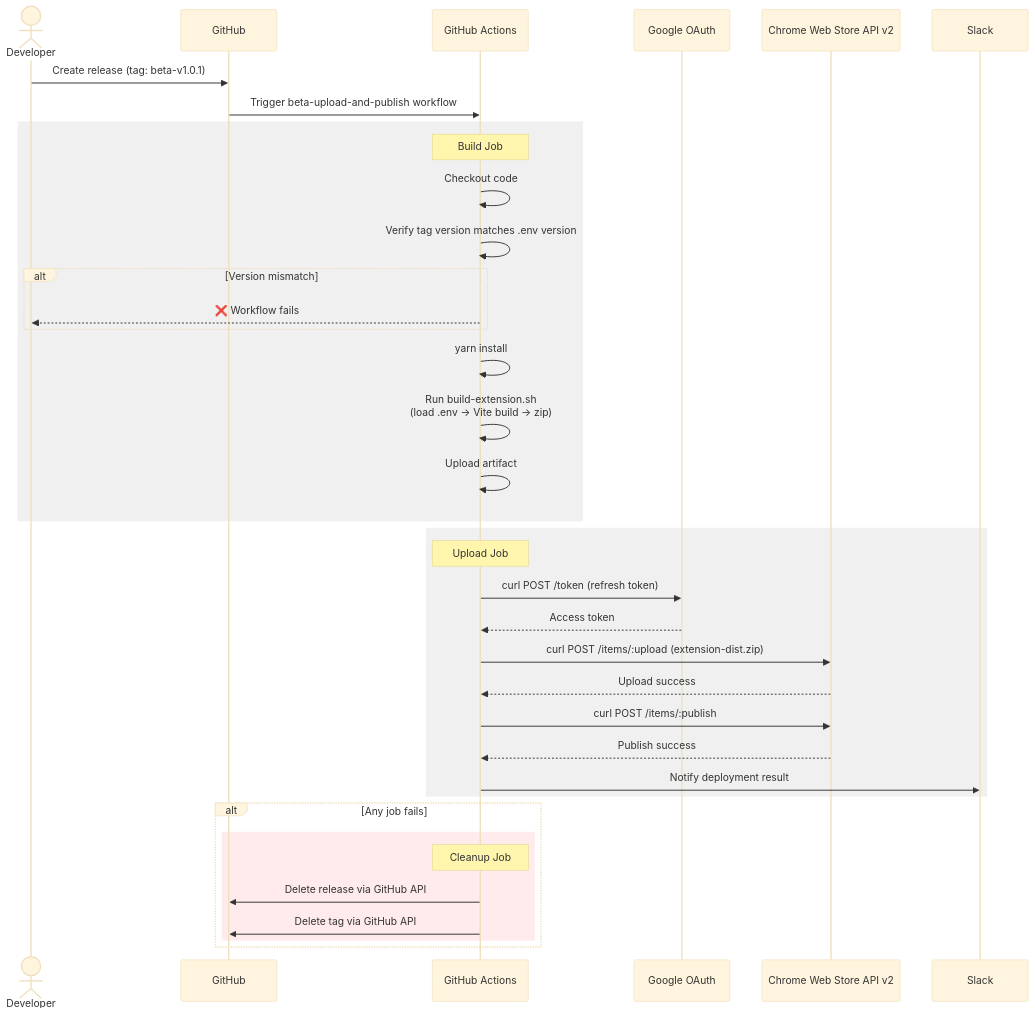
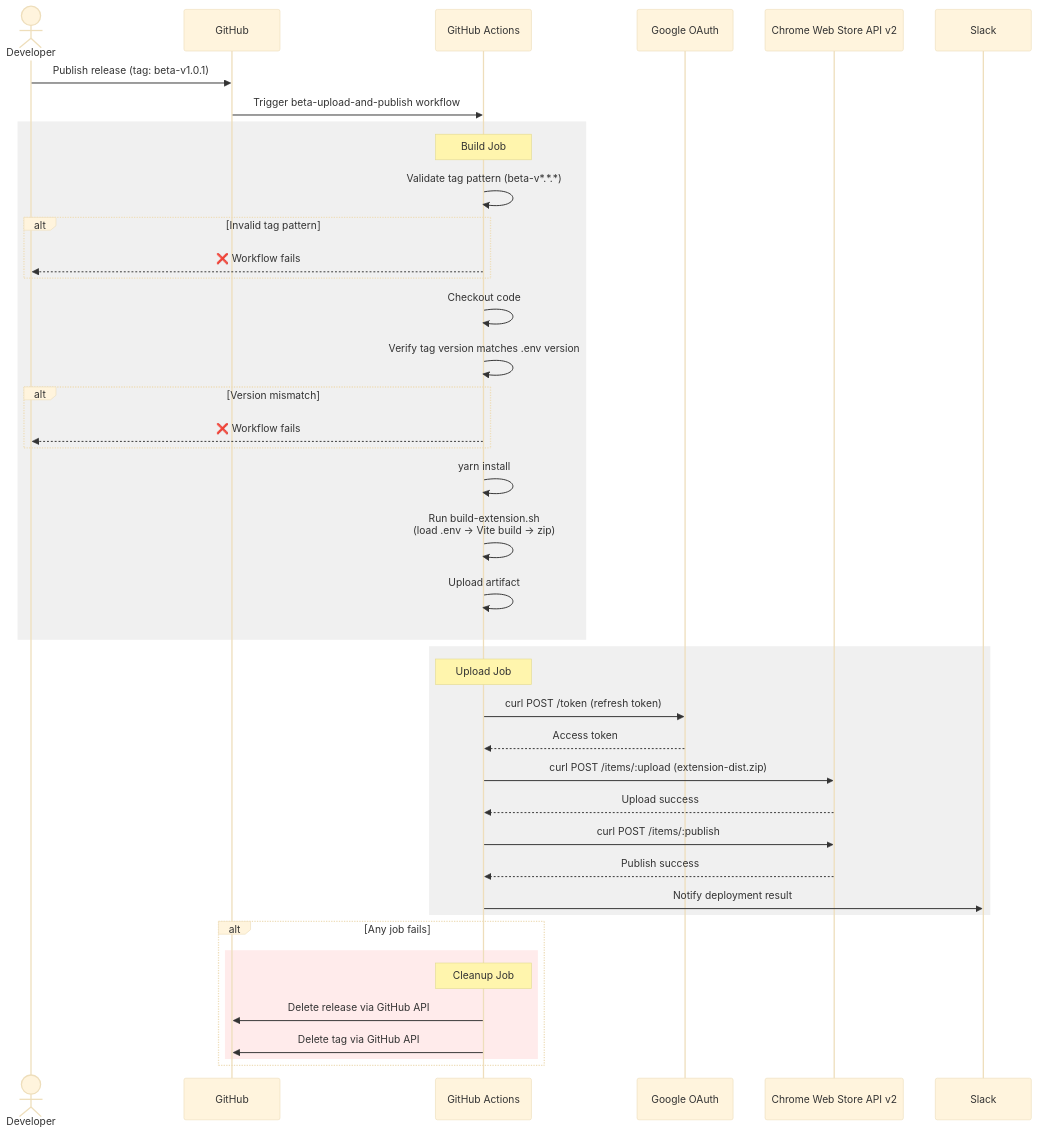
Before and after one commit to cg-ysun/chrome-extension-test: the diagram in docs/beta-workflow.mmd, drawn with Mermaid (base theme). The commit also changed 5 other files, not shown here.

Commit message:
on release publish

```diff
--- a/docs/beta-workflow.mmd
+++ b/docs/beta-workflow.mmd
@@ -1,41 +1,45 @@
 sequenceDiagram
     actor Dev as Developer
     participant GH as GitHub
     participant GHA as GitHub Actions
     participant OAuth as Google OAuth
     participant CWS as Chrome Web Store API v2
     participant Slack as Slack
 
-    Dev->>GH: Create release (tag: beta-v1.0.1)
+    Dev->>GH: Publish release (tag: beta-v1.0.1)
     GH->>GHA: Trigger beta-upload-and-publish workflow
 
     rect rgb(240, 240, 240)
         Note over GHA: Build Job
+        GHA->>GHA: Validate tag pattern (beta-v*.*.*)
+        alt Invalid tag pattern
+            GHA-->>Dev: ❌ Workflow fails
+        end
         GHA->>GHA: Checkout code
         GHA->>GHA: Verify tag version matches .env version
         alt Version mismatch
             GHA-->>Dev: ❌ Workflow fails
         end
         GHA->>GHA: yarn install
         GHA->>GHA: Run build-extension.sh<br/>(load .env → Vite build → zip)
         GHA->>GHA: Upload artifact
     end
 
     rect rgb(240, 240, 240)
         Note over GHA: Upload Job
         GHA->>OAuth: curl POST /token (refresh token)
         OAuth-->>GHA: Access token
         GHA->>CWS: curl POST /items/:upload (extension-dist.zip)
         CWS-->>GHA: Upload success
         GHA->>CWS: curl POST /items/:publish
         CWS-->>GHA: Publish success
         GHA->>Slack: Notify deployment result
     end
 
     alt Any job fails
         rect rgb(255, 235, 235)
             Note over GHA: Cleanup Job
             GHA->>GH: Delete release via GitHub API
             GHA->>GH: Delete tag via GitHub API
         end
     end
```
